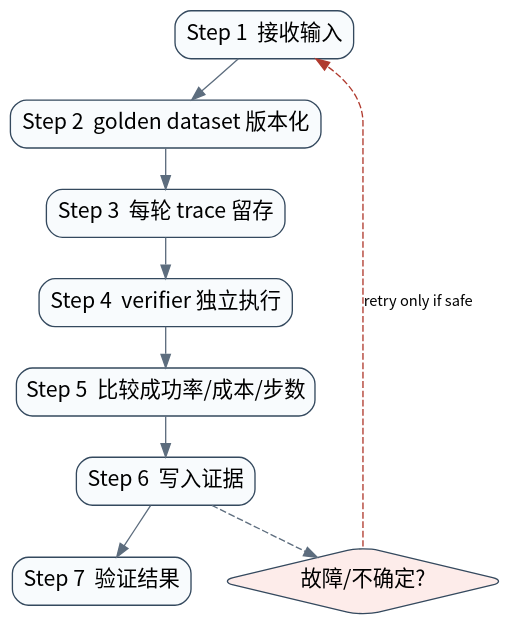
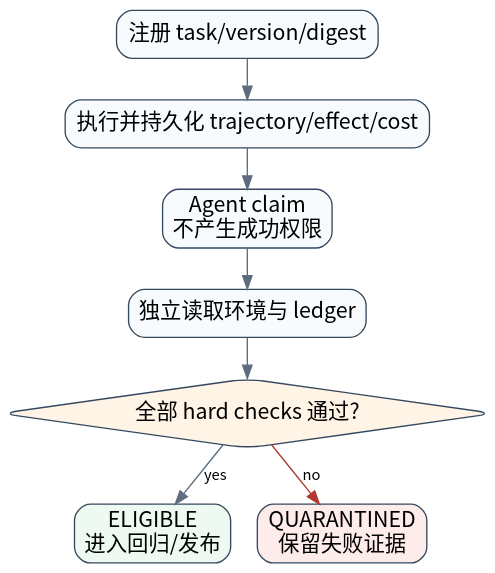
One commit to william-lbn/aiagentsystem changed the diagram in book/assets/diagrams/29-evaluation-flow.dot. Above: the diagram before and after it, drawn with Graphviz. The commit also changed 115 other files, not shown here.

```diff
--- a/book/assets/diagrams/29-evaluation-flow.dot
+++ b/book/assets/diagrams/29-evaluation-flow.dot
@@ -1,21 +1,18 @@
 digraph G {
 graph [rankdir=TB,bgcolor="transparent",pad="0.15",nodesep="0.28",ranksep="0.42"];
 node [shape=box,style="rounded,filled",fontname="Noto Sans CJK SC",fontsize=16,color="#34495e",fillcolor="#f8fbfd"];
 edge [fontname="Noto Sans CJK SC",fontsize=11,color="#5d6d7e"];
-s0 [label="Step 1  接收输入"];
-s1 [label="Step 2  golden dataset 版本化"];
-s2 [label="Step 3  每轮 trace 留存"];
-s3 [label="Step 4  verifier 独立执行"];
-s4 [label="Step 5  比较成功率/成本/步数"];
-s5 [label="Step 6  写入证据"];
-s6 [label="Step 7  验证结果"];
-s0->s1;
-s1->s2;
-s2->s3;
-s3->s4;
-s4->s5;
-s5->s6;
-fail [shape=diamond,label="故障/不确定?",fillcolor="#fdecea"];
-s5->fail [style=dashed];
-fail->s0 [label="retry only if safe",style=dashed,color="#b03a2e"];
+register [label="注册 task/version/digest"];
+run [label="执行并持久化 trajectory/effect/cost"];
+claim [label="Agent claim\n不产生成功权限"];
+verify [label="独立读取环境与 ledger"];
+checks [shape=diamond,label="全部 hard checks 通过?",fillcolor="#fff4e6"];
+eligible [label="ELIGIBLE\n进入回归/发布",fillcolor="#eef9f1"];
+quarantine [label="QUARANTINED\n保留失败证据",fillcolor="#fdecea"];
+register->run;
+run->claim;
+claim->verify;
+verify->checks;
+checks->eligible [label="yes"];
+checks->quarantine [label="no",color="#b03a2e"];
 }
```
